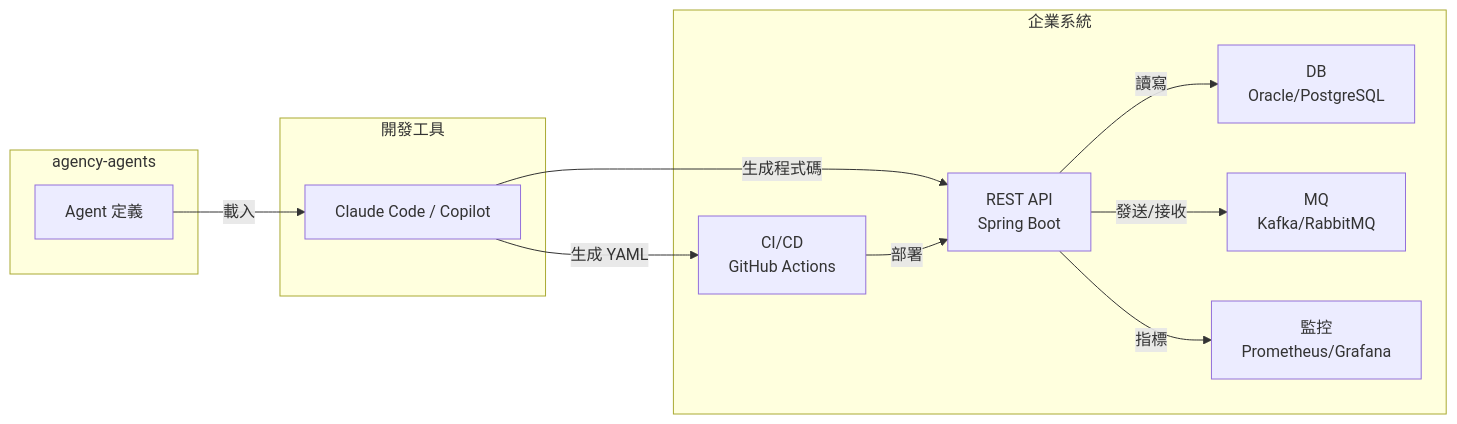
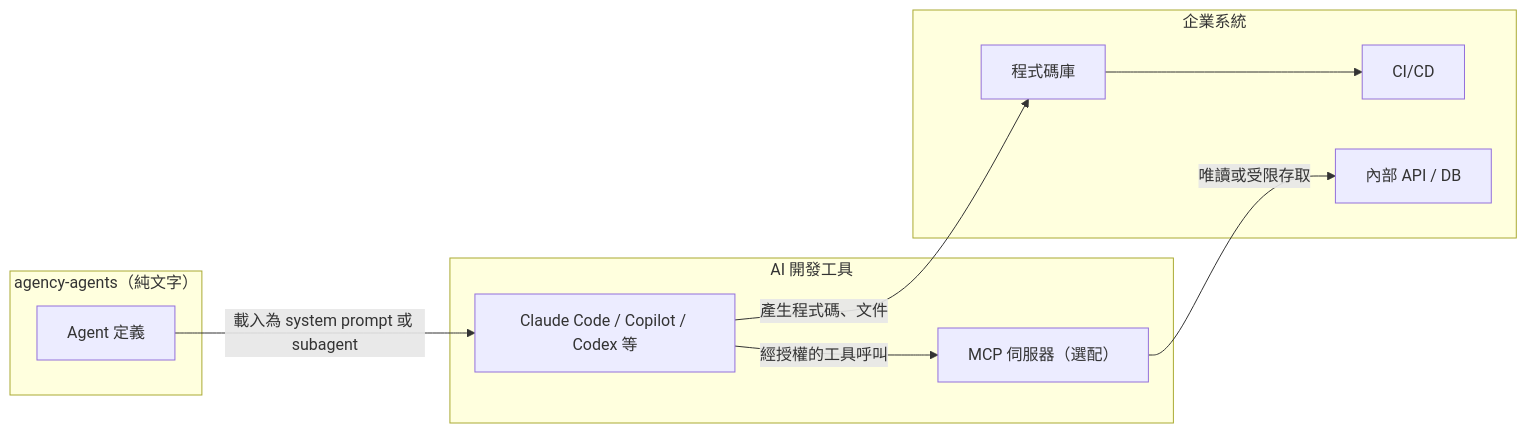
Before and after one commit to chihhung/Blog: the fifth of 15 diagrams in content/posts/教學/AI開發/agency-agents教學手冊.md, drawn with Mermaid. The commit also changed other lines of this file and 1 other file, not shown here.

Commit message:
docs: update agency-agents doc

````diff
--- a/content/posts/教學/AI開發/agency-agents教學手冊.md
+++ b/content/posts/教學/AI開發/agency-agents教學手冊.md
@@ -383,26 +726,20 @@
 ```mermaid
 graph LR
-    subgraph "agency-agents"
-        A[Agent 定義]
+    subgraph AA["agency-agents（純文字）"]
+        A["Agent 定義"]
     end
-
-    subgraph "開發工具"
-        B[Claude Code / Copilot]
+    subgraph TOOLS["AI 開發工具"]
+        B["Claude Code / Copilot / Codex 等"]
+        M["MCP 伺服器（選配）"]
     end
-
-    subgraph "企業系統"
-        C[REST API<br/>Spring Boot]
-        D[DB<br/>Oracle/PostgreSQL]
-        E[MQ<br/>Kafka/RabbitMQ]
-        F[CI/CD<br/>GitHub Actions]
-        G[監控<br/>Prometheus/Grafana]
+    subgraph ENT["企業系統"]
+        C["程式碼庫"]
+        D["CI/CD"]
+        E["內部 API / DB"]
     end
-
-    A -->|載入| B
-    B -->|生成程式碼| C
-    C -->|讀寫| D
-    C -->|發送/接收| E
-    B -->|生成 YAML| F
-    F -->|部署| C
-    C -->|指標| G
+    A -->|載入為 system prompt 或 subagent| B
+    B -->|產生程式碼、文件| C
+    C --> D
+    B -->|經授權的工具呼叫| M
+    M -->|唯讀或受限存取| E
 ```
````
